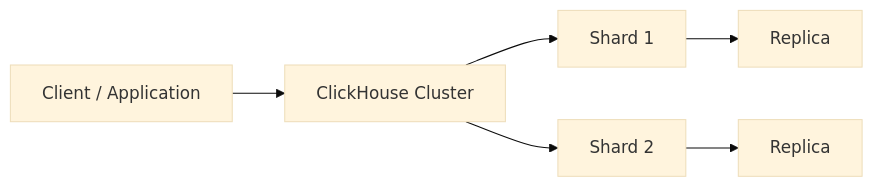
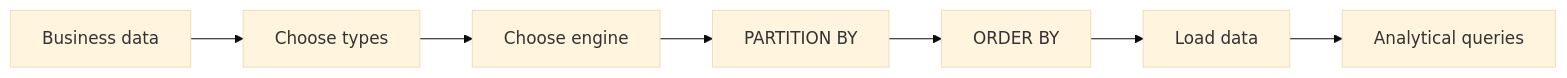
One commit to atingupta2005/clickhouse-grafana-analytics-reporting changed the third of 3 diagrams in sessions/01-architecture-and-data-modeling/README.md. Above: the diagram before and after it, drawn with Mermaid (base theme). The commit also changed other lines of this file and 9 other files, not shown here.

First line of the commit message:
Add Session 01 colorful SVG diagrams and richer Mermaid.

````diff
--- a/sessions/01-architecture-and-data-modeling/README.md
+++ b/sessions/01-architecture-and-data-modeling/README.md
@@ -118,10 +151,9 @@
 ```mermaid
 flowchart LR
-    C[Client / Application] --> S[ClickHouse Cluster]
-
-    S --> SH1[Shard 1]
-    S --> SH2[Shard 2]
-
-    SH1 --> R1[Replica]
-    SH2 --> R2[Replica]
+    A[Business data] --> B[Choose types]
+    B --> C[Choose engine]
+    C --> D[PARTITION BY]
+    D --> E[ORDER BY]
+    E --> F[Load data]
+    F --> G[Analytical queries]
 ```
````
